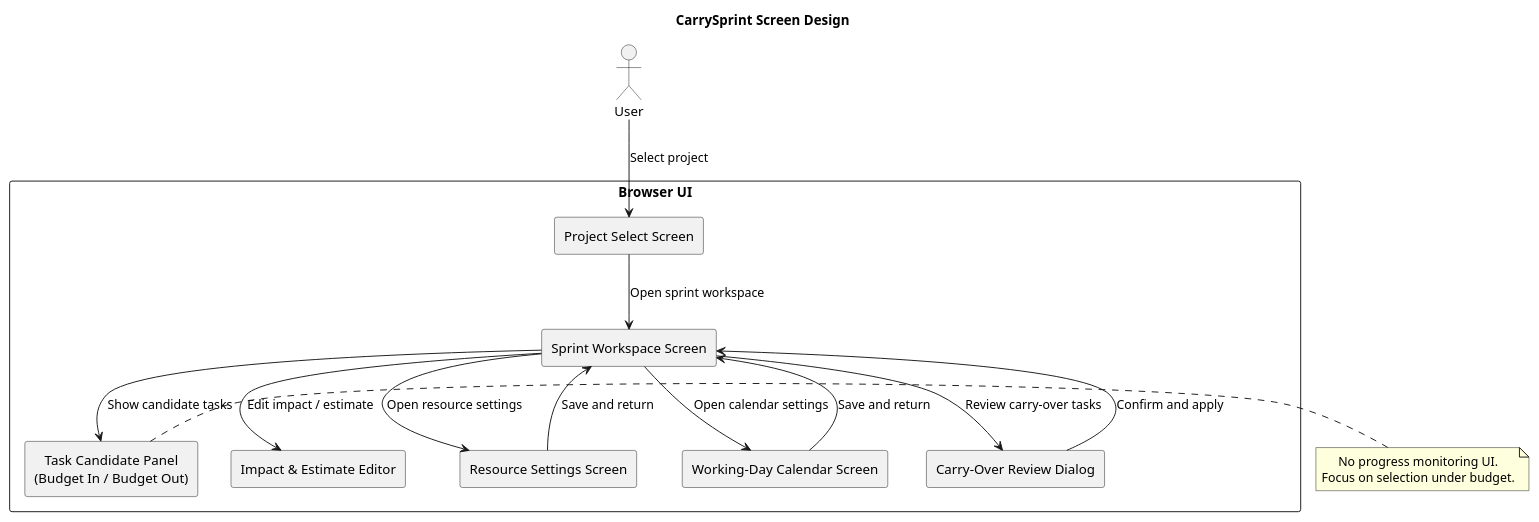
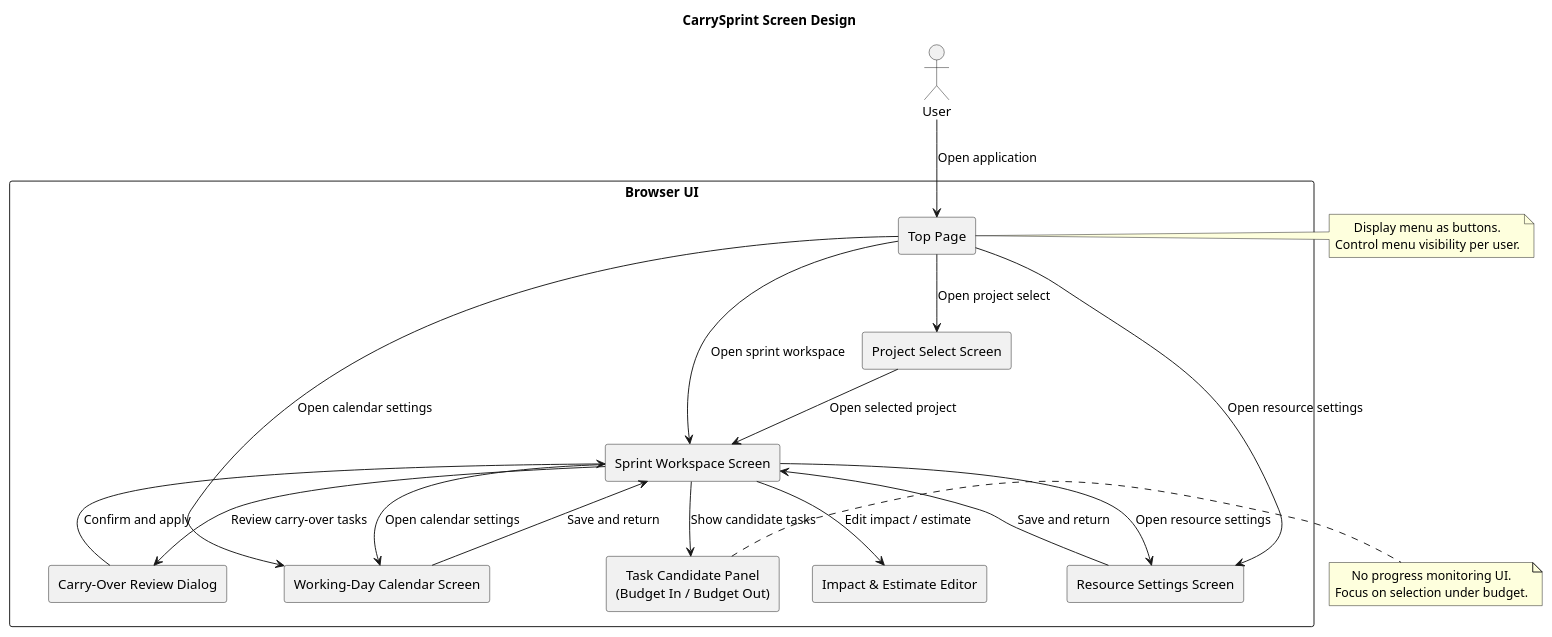
The diagram in docs/ui/screen_design.puml (fangface-hub/carry_sprint_docs), drawn with PlantUML before and after one commit. The commit also changed 8 other files, not shown here.

Commit message:
added:   top page

```diff
--- a/docs/ui/screen_design.puml
+++ b/docs/ui/screen_design.puml
@@ -1,39 +1,49 @@
 @startuml CarrySprintScreenDesign
 
 title CarrySprint Screen Design
 
 skinparam shadowing false
 skinparam defaultTextAlignment center
 
 actor "User" as user
 
 rectangle "Browser UI" {
+  rectangle "Top Page" as screen_top
   rectangle "Project Select Screen" as screen_projects
   rectangle "Sprint Workspace Screen" as screen_workspace
   rectangle "Task Candidate Panel\n(Budget In / Budget Out)" as panel_task
   rectangle "Impact & Estimate Editor" as panel_editor
   rectangle "Resource Settings Screen" as screen_resource
   rectangle "Working-Day Calendar Screen" as screen_calendar
   rectangle "Carry-Over Review Dialog" as dialog_carry
 }
 
-user --> screen_projects : Select project
-screen_projects --> screen_workspace : Open sprint workspace
+user --> screen_top : Open application
+screen_top --> screen_projects : Open project select
+screen_top --> screen_workspace : Open sprint workspace
+screen_top --> screen_resource : Open resource settings
+screen_top --> screen_calendar : Open calendar settings
+screen_projects --> screen_workspace : Open selected project
 
 screen_workspace --> panel_task : Show candidate tasks
 screen_workspace --> panel_editor : Edit impact / estimate
 screen_workspace --> dialog_carry : Review carry-over tasks
 
 screen_workspace --> screen_resource : Open resource settings
 screen_workspace --> screen_calendar : Open calendar settings
 
 screen_resource --> screen_workspace : Save and return
 screen_calendar --> screen_workspace : Save and return
 dialog_carry --> screen_workspace : Confirm and apply
 
+note right of screen_top
+  Display menu as buttons.
+  Control menu visibility per user.
+end note
+
 note right of panel_task
   No progress monitoring UI.
   Focus on selection under budget.
 end note
 
 @enduml
```
